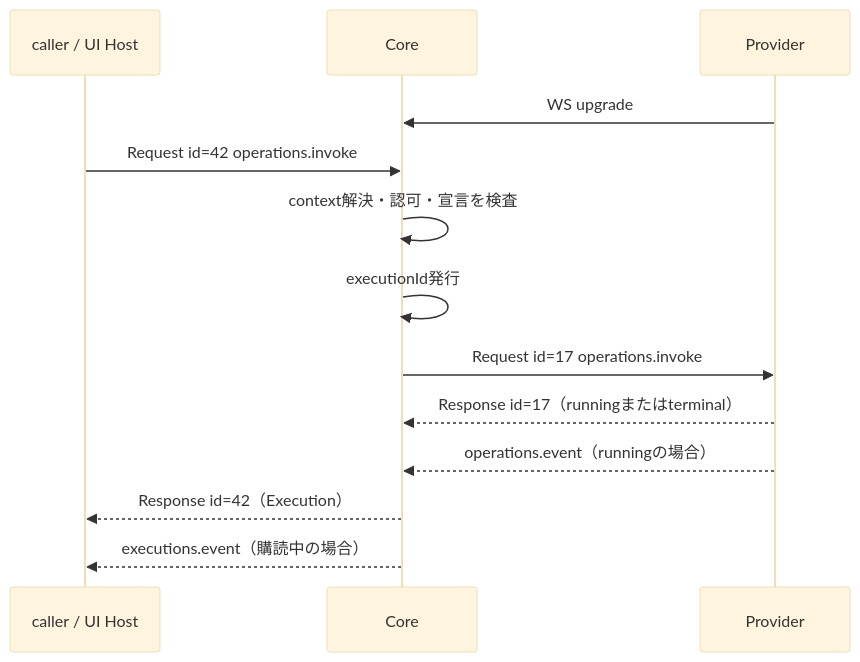
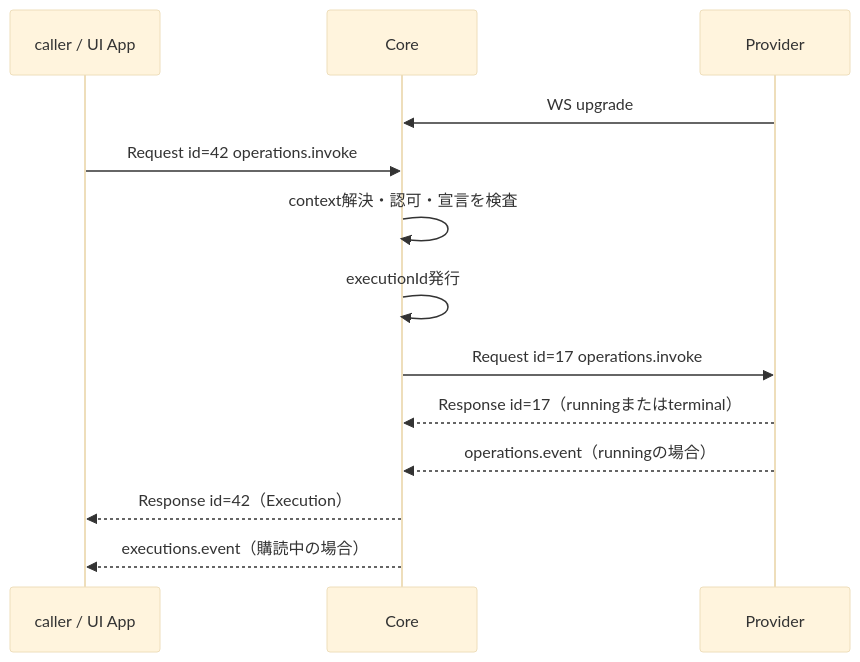
One commit to naatin777/plugumi changed the second of 2 diagrams in docs/contracts/00004-plugin-client-protocol.md. Above: the diagram before and after it, drawn with Mermaid (base theme). The commit also changed other lines of this file and 16 other files, not shown here.

````diff
--- a/docs/contracts/00004-plugin-client-protocol.md
+++ b/docs/contracts/00004-plugin-client-protocol.md
@@ -327,15 +329,15 @@
 ```mermaid
 sequenceDiagram
-    participant A as caller / UI Host
+    participant A as caller / UI App
     participant C as Core
     participant B as Provider
     B->>C: WS upgrade
     A->>C: Request id=42 operations.invoke
     C->>C: context解決・認可・宣言を検査
     C->>C: executionId発行
     C->>B: Request id=17 operations.invoke
     B-->>C: Response id=17（runningまたはterminal）
     B-->>C: operations.event（runningの場合）
     C-->>A: Response id=42（Execution）
     C-->>A: executions.event（購読中の場合）
 ```
````
